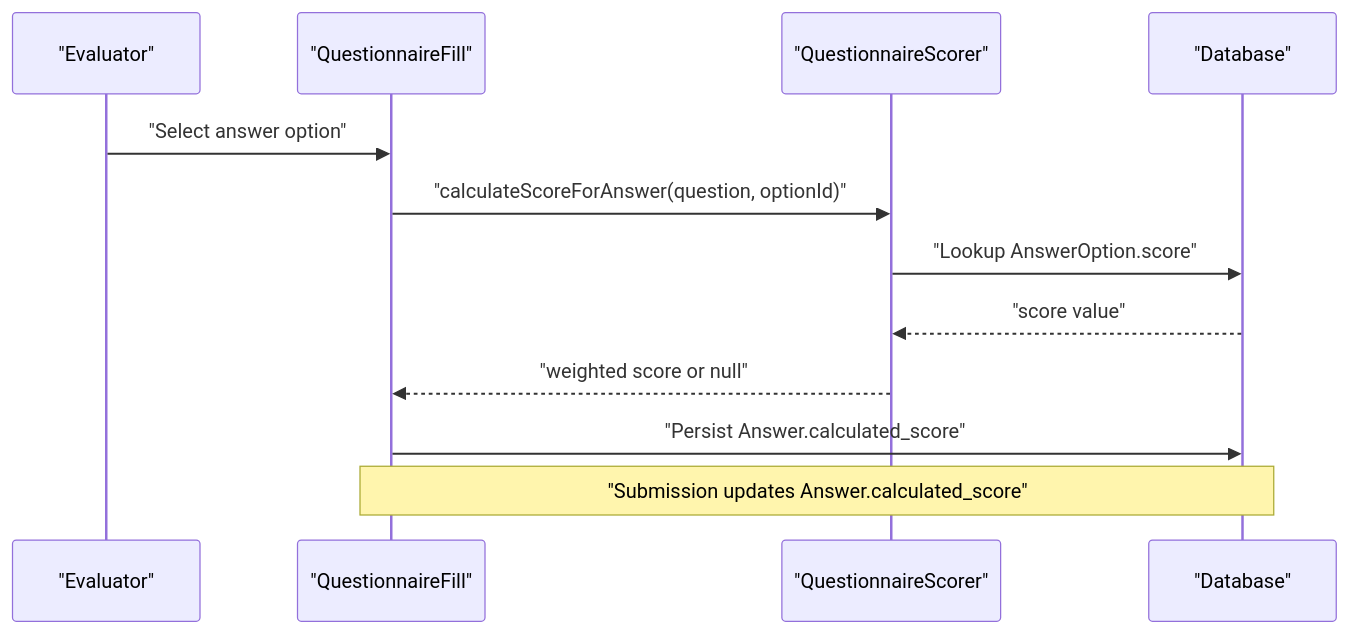
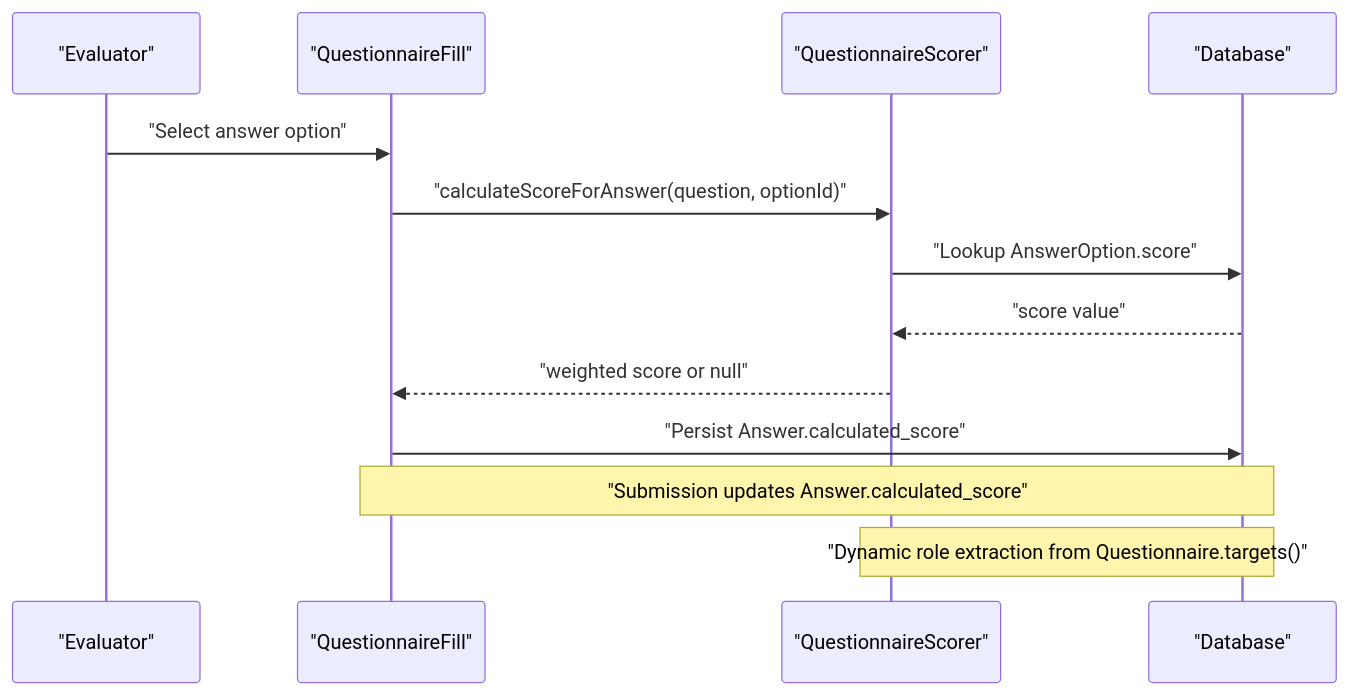
Before and after one commit to rudicatsmile/assesment360: the second of 5 diagrams in .qoder/repowiki/en/content/Services & Utilities/Assessment Scoring Services.md, drawn with Mermaid. The commit also changed other lines of this file and 6 other files, not shown here.

````diff
--- a/.qoder/repowiki/en/content/Services & Utilities/Assessment Scoring Services.md
+++ b/.qoder/repowiki/en/content/Services & Utilities/Assessment Scoring Services.md
@@ -124,14 +159,15 @@
 ```mermaid
 sequenceDiagram
 participant User as "Evaluator"
 participant UI as "QuestionnaireFill"
 participant Scorer as "QuestionnaireScorer"
 participant DB as "Database"
 User->>UI : "Select answer option"
 UI->>Scorer : "calculateScoreForAnswer(question, optionId)"
 Scorer->>DB : "Lookup AnswerOption.score"
 DB-->>Scorer : "score value"
 Scorer-->>UI : "weighted score or null"
 UI->>DB : "Persist Answer.calculated_score"
 Note over UI,DB : "Submission updates Answer.calculated_score"
+Note over Scorer,DB : "Dynamic role extraction from Questionnaire.targets()"
 ```
````
